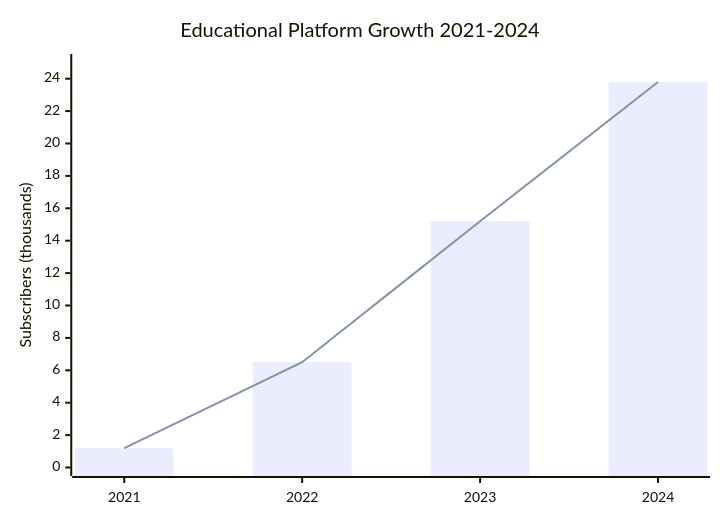
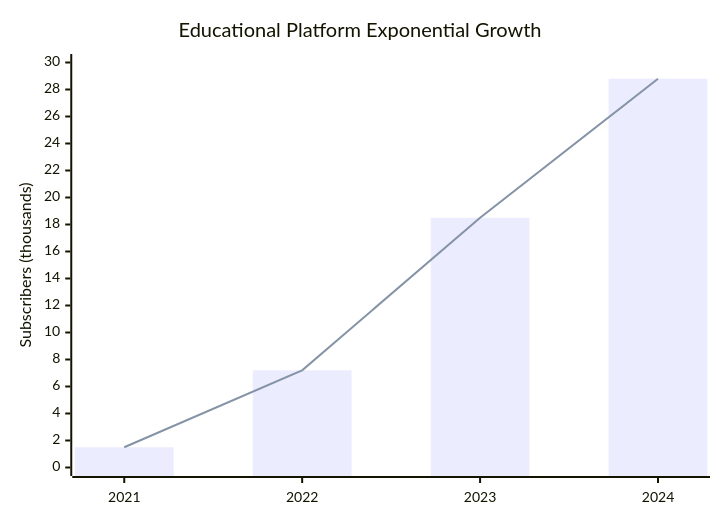
One commit to mentech93/mentech93 changed diagram 14 of 17 in README.md. Above: the diagram before and after it, drawn with Mermaid. The commit also changed other lines of this file, not shown here.

````diff
--- a/README.md
+++ b/README.md
@@ -801,8 +923,8 @@
 ```mermaid
 xychart-beta
-    title "Educational Platform Growth 2021-2024"
+    title "Educational Platform Exponential Growth"
     x-axis ["2021", "2022", "2023", "2024"]
-    y-axis "Subscribers (thousands)" 0 --> 25
-    bar [1.2, 6.5, 15.2, 23.8]
-    line [1.2, 6.5, 15.2, 23.8]
+    y-axis "Subscribers (thousands)" 0 --> 30
+    bar [1.5, 7.2, 18.5, 28.8]
+    line [1.5, 7.2, 18.5, 28.8]
 ```
````
